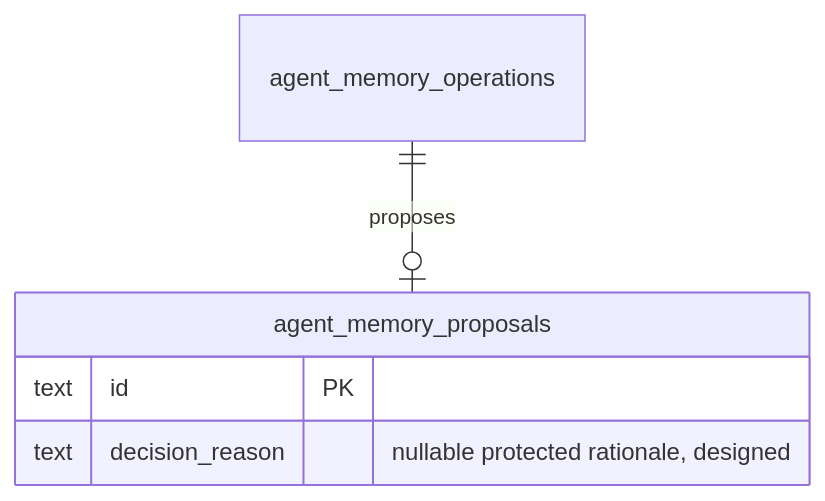
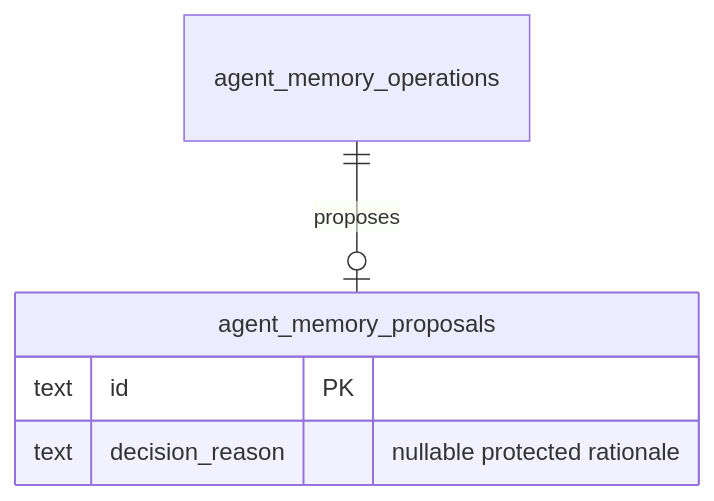
The fourth of 4 diagrams in docs/db/agents-domain.md (maister-dev/maister), drawn with Mermaid before and after one commit. The commit also changed other lines of this file and 39 other files, not shown here.

````diff
--- a/docs/db/agents-domain.md
+++ b/docs/db/agents-domain.md
@@ -331,8 +331,8 @@
 ```mermaid
 erDiagram
     agent_memory_proposals {
         text id PK
-        text decision_reason "nullable protected rationale, designed"
+        text decision_reason "nullable protected rationale"
     }
     agent_memory_operations ||--o| agent_memory_proposals : proposes
 ```
````
